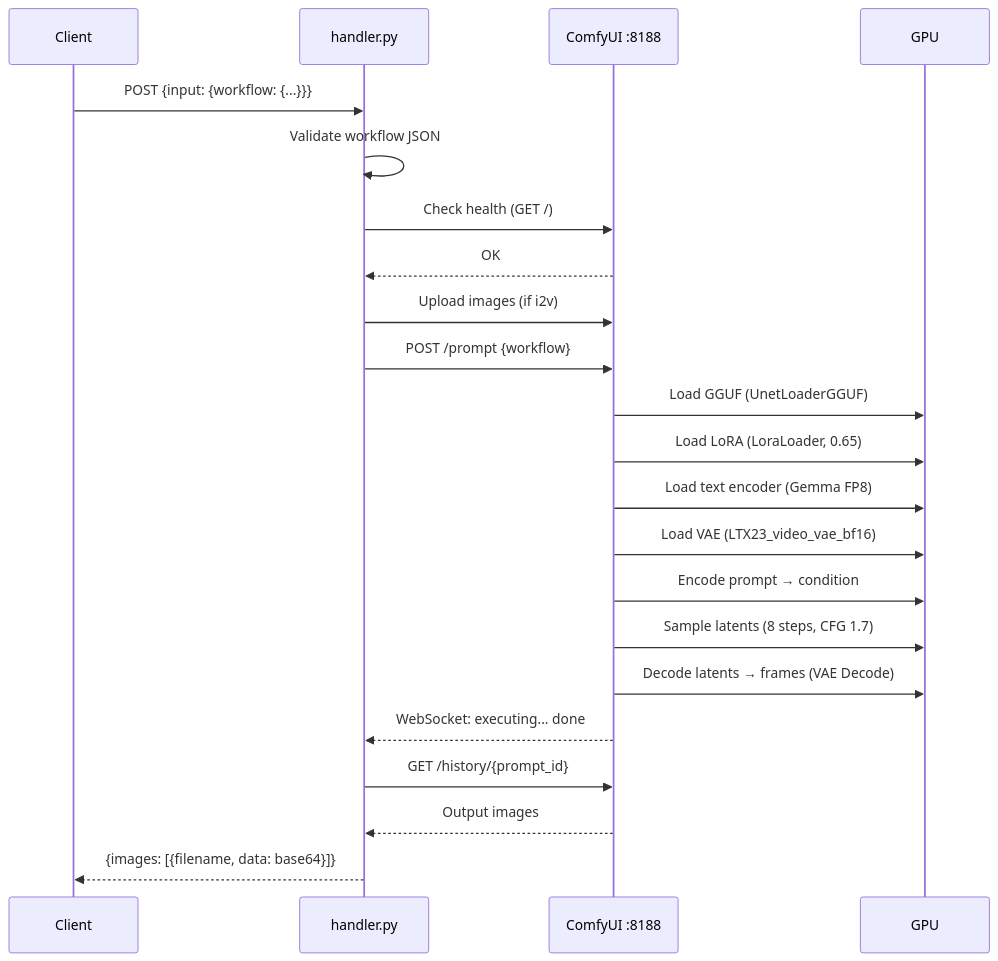
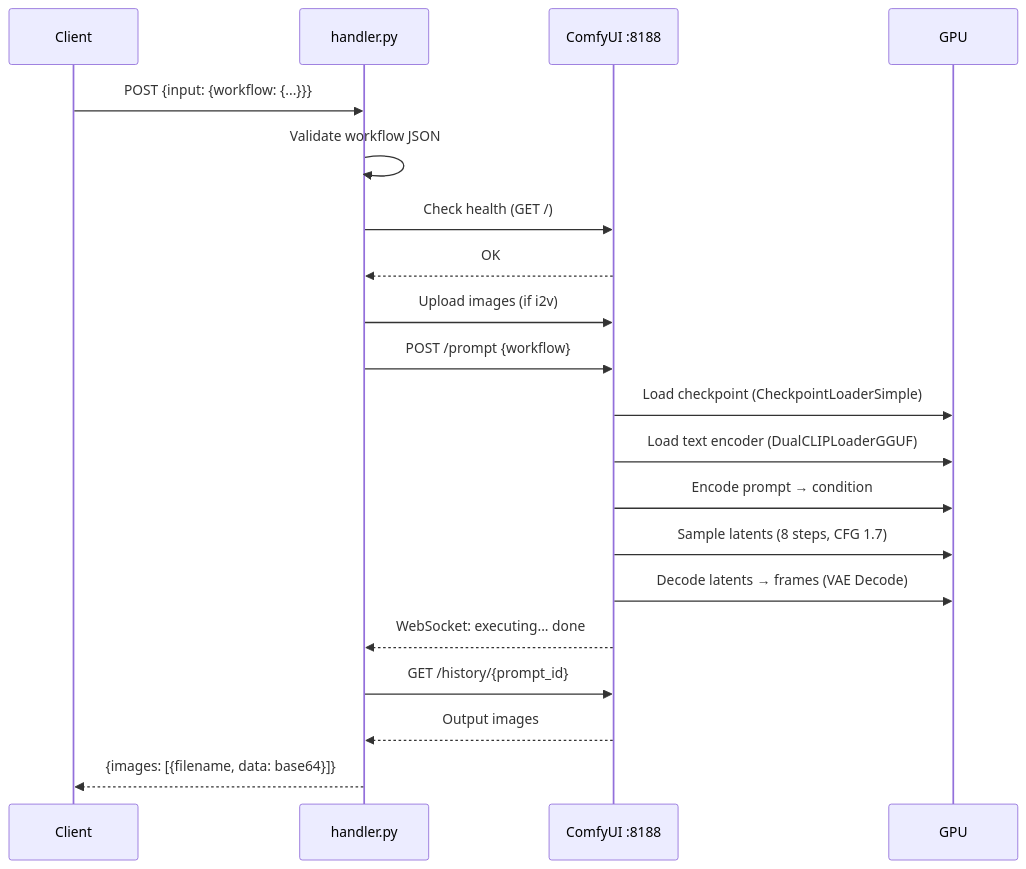
One commit to floppyshy-byte/sulphur-runpod-build changed the third of 5 diagrams in WORKFLOW.md. Above: the diagram before and after it, drawn with Mermaid. The commit also changed other lines of this file and 2 other files, not shown here.

````diff
--- a/WORKFLOW.md
+++ b/WORKFLOW.md
@@ -63,25 +69,23 @@
 ```mermaid
 sequenceDiagram
     participant Client
     participant Handler as handler.py
     participant Comfy as ComfyUI :8188
     participant GPU
 
     Client->>Handler: POST {input: {workflow: {...}}}
     Handler->>Handler: Validate workflow JSON
     Handler->>Comfy: Check health (GET /)
     Comfy-->>Handler: OK
     Handler->>Comfy: Upload images (if i2v)
     Handler->>Comfy: POST /prompt {workflow}
-    Comfy->>GPU: Load GGUF (UnetLoaderGGUF)
-    Comfy->>GPU: Load LoRA (LoraLoader, 0.65)
-    Comfy->>GPU: Load text encoder (Gemma FP8)
-    Comfy->>GPU: Load VAE (LTX23_video_vae_bf16)
+    Comfy->>GPU: Load checkpoint (CheckpointLoaderSimple)
+    Comfy->>GPU: Load text encoder (DualCLIPLoaderGGUF)
     Comfy->>GPU: Encode prompt → condition
     Comfy->>GPU: Sample latents (8 steps, CFG 1.7)
     Comfy->>GPU: Decode latents → frames (VAE Decode)
     Comfy-->>Handler: WebSocket: executing... done
     Handler->>Comfy: GET /history/{prompt_id}
     Comfy-->>Handler: Output images
     Handler-->>Client: {images: [{filename, data: base64}]}
 ```
````
